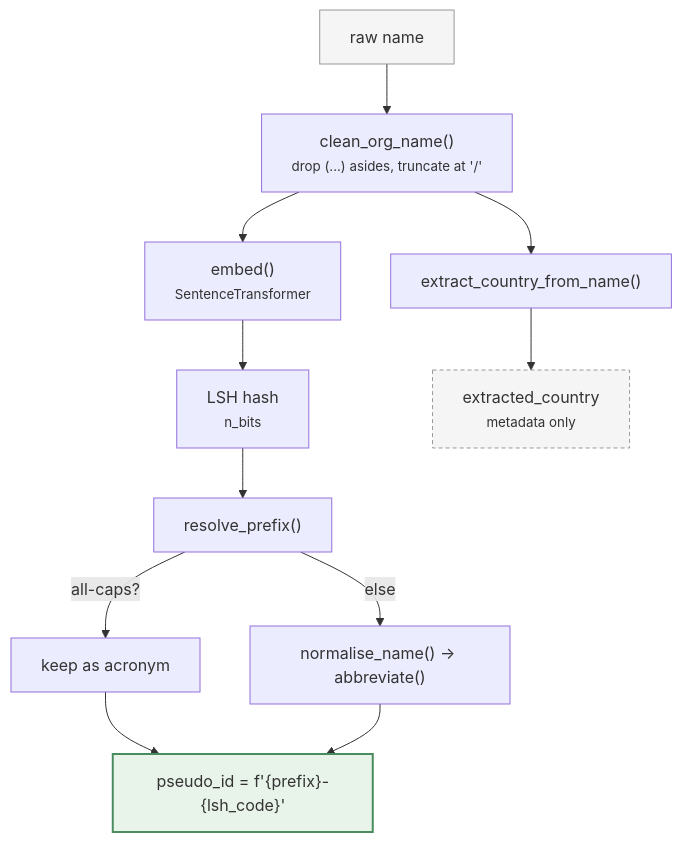
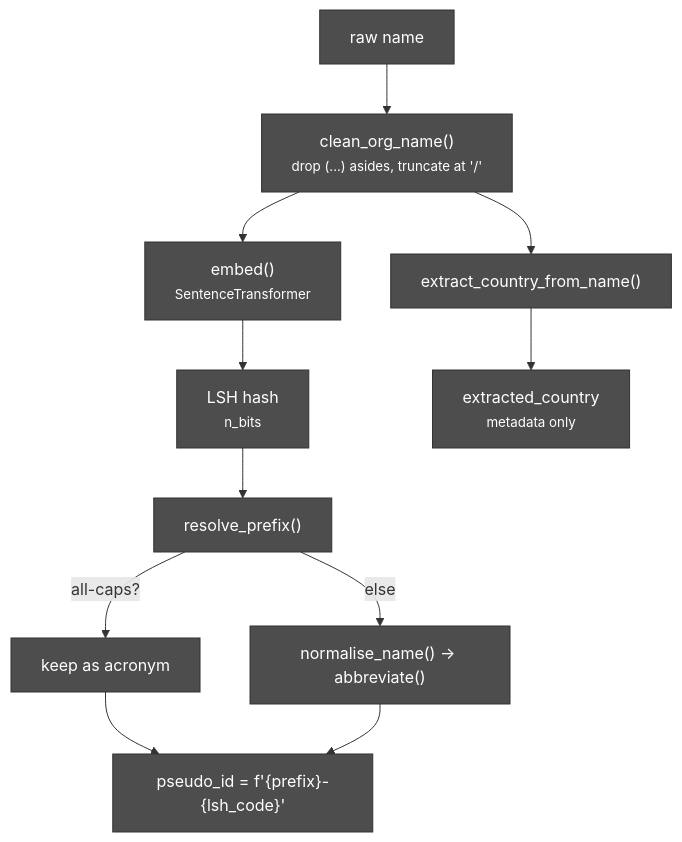
Before and after one commit to babettology/Organisation-IDs: the diagram in README.md, drawn with Mermaid.

Commit message:
Change flowchart styles to dark theme
Updated styles for flowchart elements in README.

````diff
--- a/README.md
+++ b/README.md
@@ -50,21 +50,24 @@
 ```mermaid
 flowchart TD
     A["raw name"] --> B["clean_org_name()<br/><small>drop (...) asides, truncate at '/'</small>"]
-
     B --> C["embed()<br/><small>SentenceTransformer</small>"]
     B --> D["extract_country_from_name()"]
-
     C --> E["LSH hash<br/><small>n_bits</small>"]
     D --> F["extracted_country<br/><small>metadata only</small>"]
-
     E --> G["resolve_prefix()"]
     G -->|"all-caps?"| G1["keep as acronym"]
     G -->|"else"| G2["normalise_name() → abbreviate()"]
-
     G1 --> H["pseudo_id = f'{prefix}-{lsh_code}'"]
     G2 --> H
 
-    style A fill:#f5f5f5,stroke:#999
-    style H fill:#e8f4ea,stroke:#4a8c5f,stroke-width:2px
-    style F fill:#f5f5f5,stroke:#999,stroke-dasharray: 4 3
+    style A fill:#4d4d4d,stroke:#333,color:#ffffff
+    style B fill:#4d4d4d,stroke:#333,color:#ffffff
+    style C fill:#4d4d4d,stroke:#333,color:#ffffff
+    style D fill:#4d4d4d,stroke:#333,color:#ffffff
+    style E fill:#4d4d4d,stroke:#333,color:#ffffff
+    style F fill:#4d4d4d,stroke:#333,color:#ffffff
+    style G fill:#4d4d4d,stroke:#333,color:#ffffff
+    style G1 fill:#4d4d4d,stroke:#333,color:#ffffff
+    style G2 fill:#4d4d4d,stroke:#333,color:#ffffff
+    style H fill:#4d4d4d,stroke:#333,color:#ffffff
 ```
````
